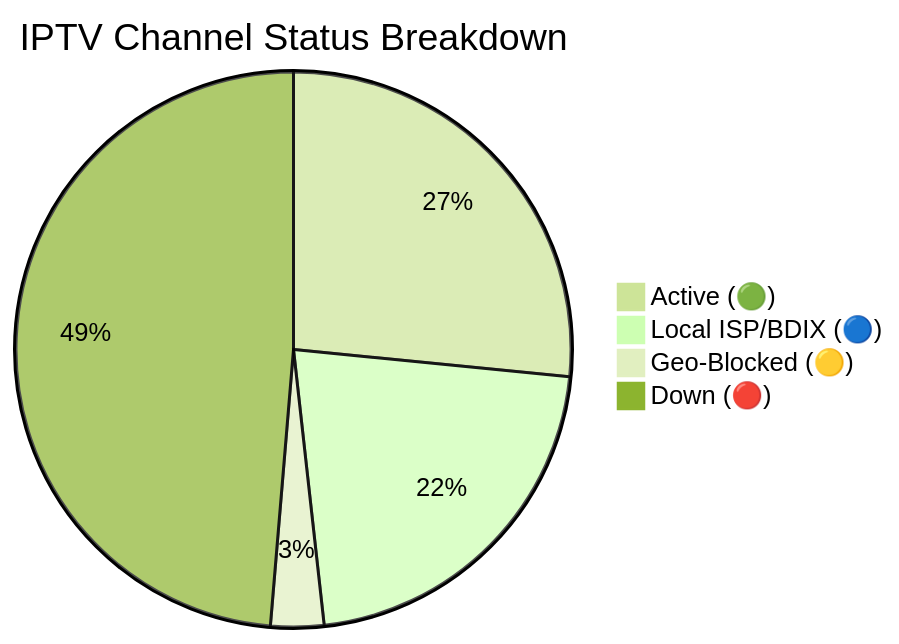
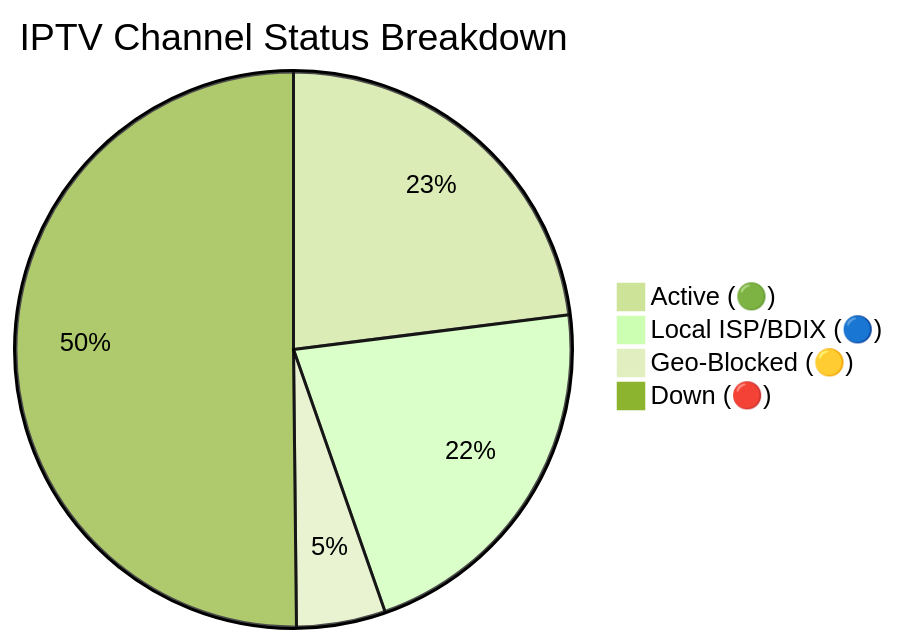
One commit to Zaman-Topu/Ip-tv-Collection changed the diagram in README.md. Above: the diagram before and after it, drawn with Mermaid (forest theme). The commit also changed other lines of this file and 10 other files, not shown here.

````diff
--- a/README.md
+++ b/README.md
@@ -72,7 +72,7 @@
 ```mermaid
 pie title IPTV Channel Status Breakdown
-    "Active (🟢)" : 10990
+    "Active (🟢)" : 9524
     "Local ISP/BDIX (🔵)" : 8961
-    "Geo-Blocked (🟡)" : 1280
-    "Down (🔴)" : 20131
+    "Geo-Blocked (🟡)" : 2143
+    "Down (🔴)" : 20769
 ```
````
